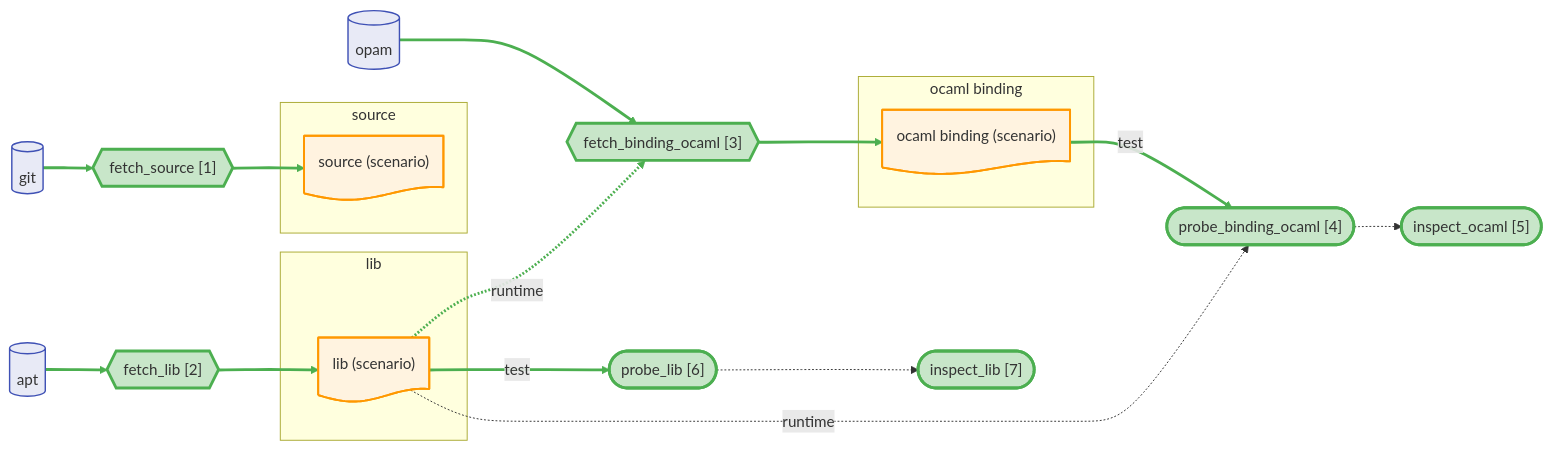
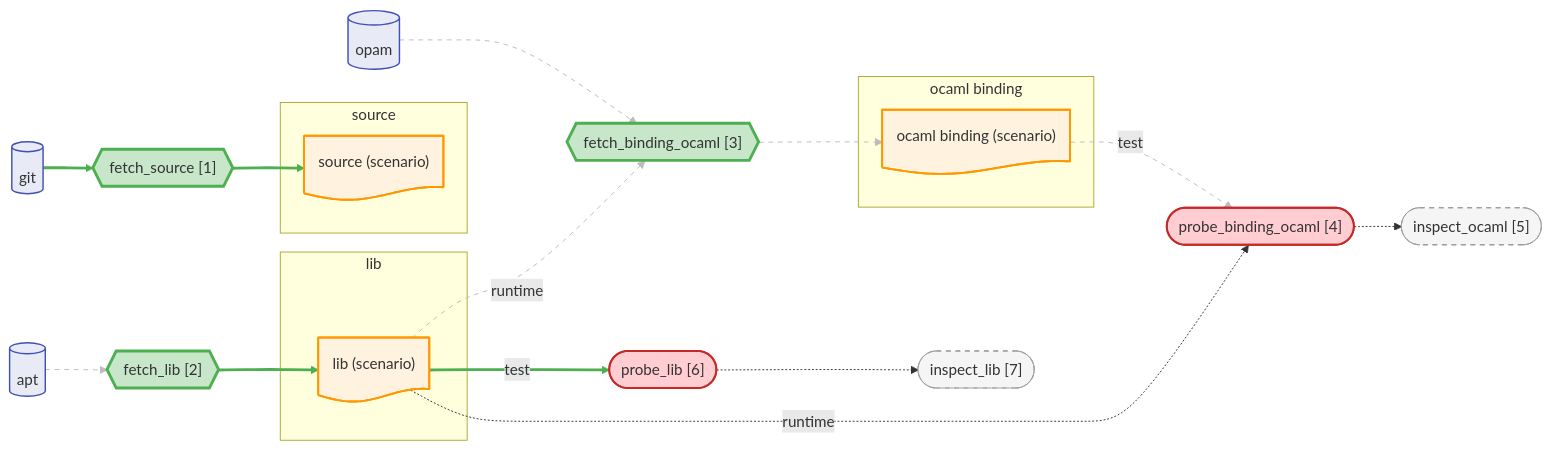
Before and after one commit to JHU-PL-Lab/tola: the diagram in docs/canary/projects/zstd/-run/diagrams/full.mmd, drawn with Mermaid. The commit also changed 64 other files, not shown here.

```diff
--- a/docs/canary/projects/zstd/-run/diagrams/full.mmd
+++ b/docs/canary/projects/zstd/-run/diagrams/full.mmd
@@ -1,62 +1,62 @@
 %% view: full
 graph LR
     subgraph source_sg ["source"]
       source_node@{ shape: doc, label: "source (scenario)" }
     end
     subgraph lib_sg ["lib"]
       lib_node@{ shape: doc, label: "lib (scenario)" }
     end
     subgraph ocaml_binding_sg ["ocaml binding"]
       ocaml_binding_node@{ shape: doc, label: "ocaml binding (scenario)" }
     end
 
     apt_store@{ shape: cyl, label: "apt" }
     git_store@{ shape: cyl, label: "git" }
     opam_store@{ shape: cyl, label: "opam" }
 
     A_fetch_source{{"fetch_source [1]"}}
     A_fetch_lib{{"fetch_lib [2]"}}
     A_fetch_binding_ocaml{{"fetch_binding_ocaml [3]"}}
     A_probe_binding_ocaml(["probe_binding_ocaml [4]"])
     A_probe_binding_ocaml_inspect(["inspect_ocaml [5]"])
     A_probe_lib(["probe_lib [6]"])
     A_probe_lib_inspect(["inspect_lib [7]"])
 
     git_store --> A_fetch_source --> source_node
     apt_store --> A_fetch_lib --> lib_node
     lib_node -->|test| A_probe_lib
     opam_store --> A_fetch_binding_ocaml --> ocaml_binding_node
     lib_node -.->|runtime| A_fetch_binding_ocaml
     ocaml_binding_node -->|test| A_probe_binding_ocaml
     lib_node -.->|runtime| A_probe_binding_ocaml
     A_probe_binding_ocaml -.-> A_probe_binding_ocaml_inspect
     A_probe_lib -.-> A_probe_lib_inspect
 
     classDef artifact fill:#fff3e0,stroke:#ff9800,stroke-width:2px
     classDef store fill:#e8eaf6,stroke:#3f51b5,stroke-width:1.5px
     classDef st_done fill:#c8e6c9,stroke:#4caf50,stroke-width:3px
     classDef st_done_ctx fill:#e8f5e9,stroke:#a5d6a7,stroke-width:1.5px
     classDef st_expected_fail fill:#fff9c4,stroke:#f9a825,stroke-width:2px
     classDef st_failed fill:#ffcdd2,stroke:#c62828,stroke-width:2px
     classDef st_skipped fill:#f5f5f5,stroke:#9e9e9e,stroke-dasharray:5
     classDef st_nospec fill:#fafafa,stroke:#bdbdbd,stroke-dasharray:5
     class source_node,lib_node,ocaml_binding_node artifact
     class apt_store store
     class git_store store
     class opam_store store
     class A_fetch_source st_done
     class A_fetch_lib st_done
     class A_fetch_binding_ocaml st_done
-    class A_probe_binding_ocaml st_done
-    class A_probe_binding_ocaml_inspect st_done
-    class A_probe_lib st_done
-    class A_probe_lib_inspect st_done
+    class A_probe_binding_ocaml st_failed
+    class A_probe_binding_ocaml_inspect st_skipped
+    class A_probe_lib st_failed
+    class A_probe_lib_inspect st_skipped
     linkStyle 0 stroke:#4caf50,stroke-width:3px
     linkStyle 1 stroke:#4caf50,stroke-width:3px
-    linkStyle 2 stroke:#4caf50,stroke-width:3px
+    linkStyle 2 stroke:#bdbdbd,stroke-width:1px,stroke-dasharray:5
     linkStyle 3 stroke:#4caf50,stroke-width:3px
     linkStyle 4 stroke:#4caf50,stroke-width:3px
-    linkStyle 5 stroke:#4caf50,stroke-width:3px
-    linkStyle 6 stroke:#4caf50,stroke-width:3px
-    linkStyle 7 stroke:#4caf50,stroke-width:3px
-    linkStyle 8 stroke:#4caf50,stroke-width:3px
+    linkStyle 5 stroke:#bdbdbd,stroke-width:1px,stroke-dasharray:5
+    linkStyle 6 stroke:#bdbdbd,stroke-width:1px,stroke-dasharray:5
+    linkStyle 7 stroke:#bdbdbd,stroke-width:1px,stroke-dasharray:5
+    linkStyle 8 stroke:#bdbdbd,stroke-width:1px,stroke-dasharray:5
```
